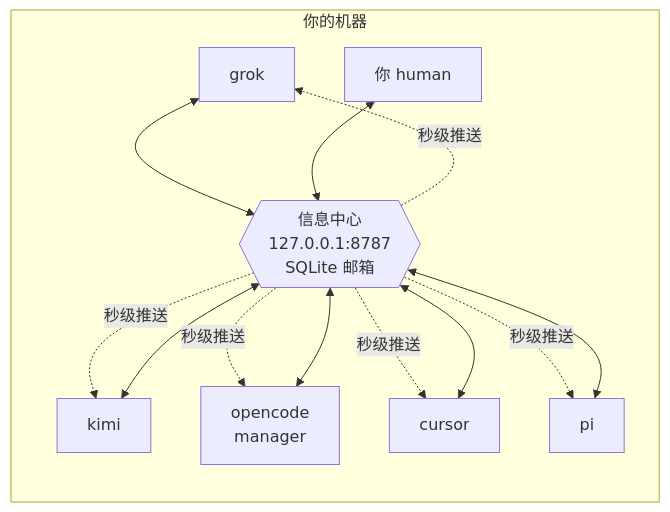
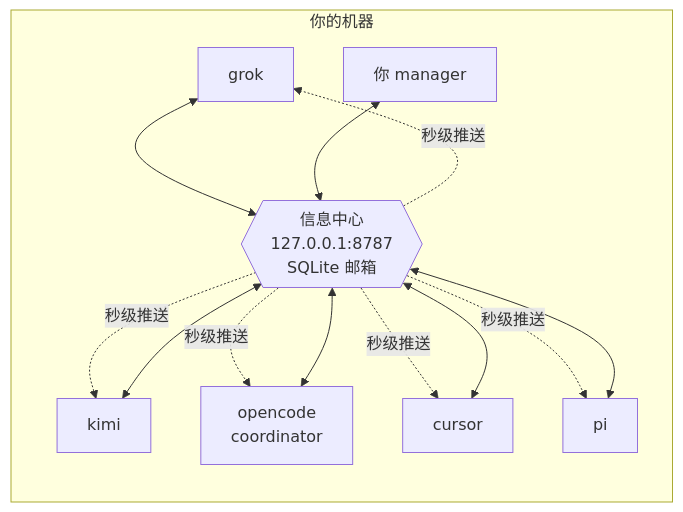
Before and after one commit to Robin9989Law/infocenter: the diagram in README.md, drawn with Mermaid. The commit also changed other lines of this file and 2 other files, not shown here.

First line of the commit message:
docs: 身份改名 human→manager（README/SKILL/CHANGELOG 文案）

````diff
--- a/README.md
+++ b/README.md
@@ -53,13 +53,13 @@
 ```mermaid
 flowchart LR
   subgraph 你的机器
     G[grok] <--> HUB
     K[kimi] <--> HUB
-    O[opencode<br/>manager] <--> HUB
+    O[opencode<br/>coordinator] <--> HUB
     C[cursor] <--> HUB
     P[pi] <--> HUB
-    U[你 human] <--> HUB
+    U[你 manager] <--> HUB
     HUB{{"信息中心<br/>127.0.0.1:8787<br/>SQLite 邮箱"}}
     HUB -. 秒级推送 .-> G & K & O & C & P
   end
 ```
````
